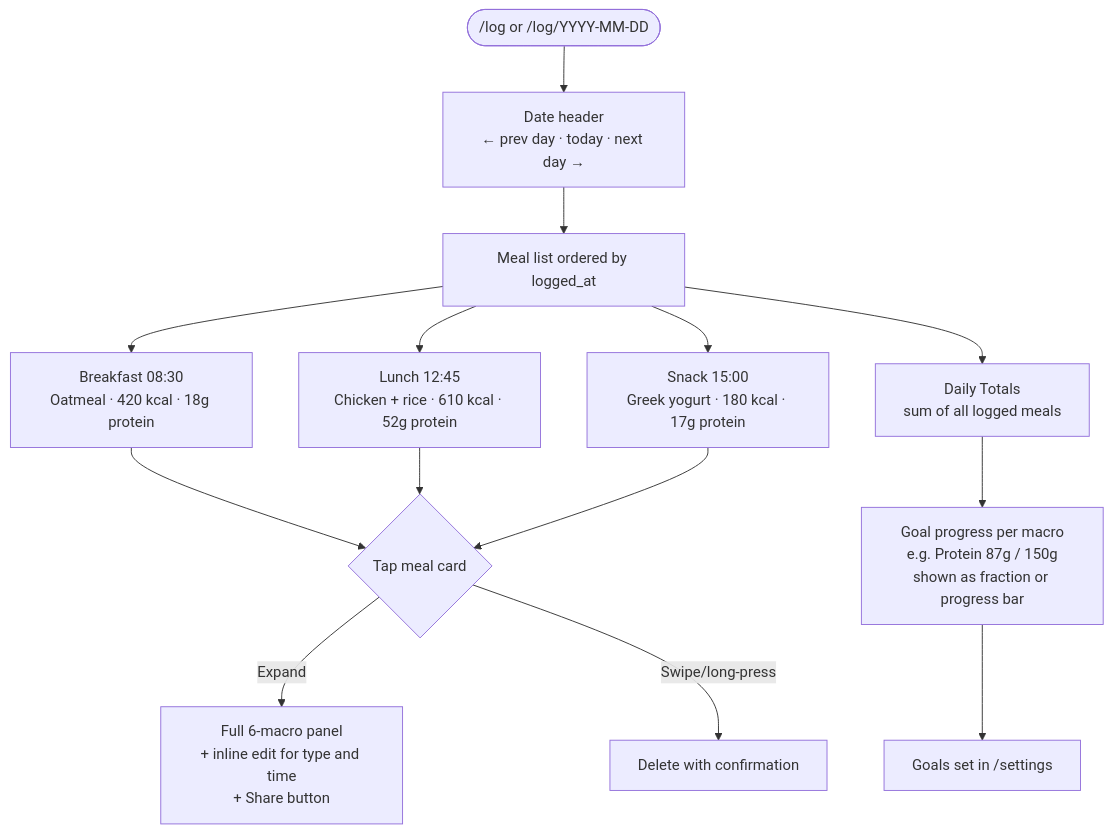
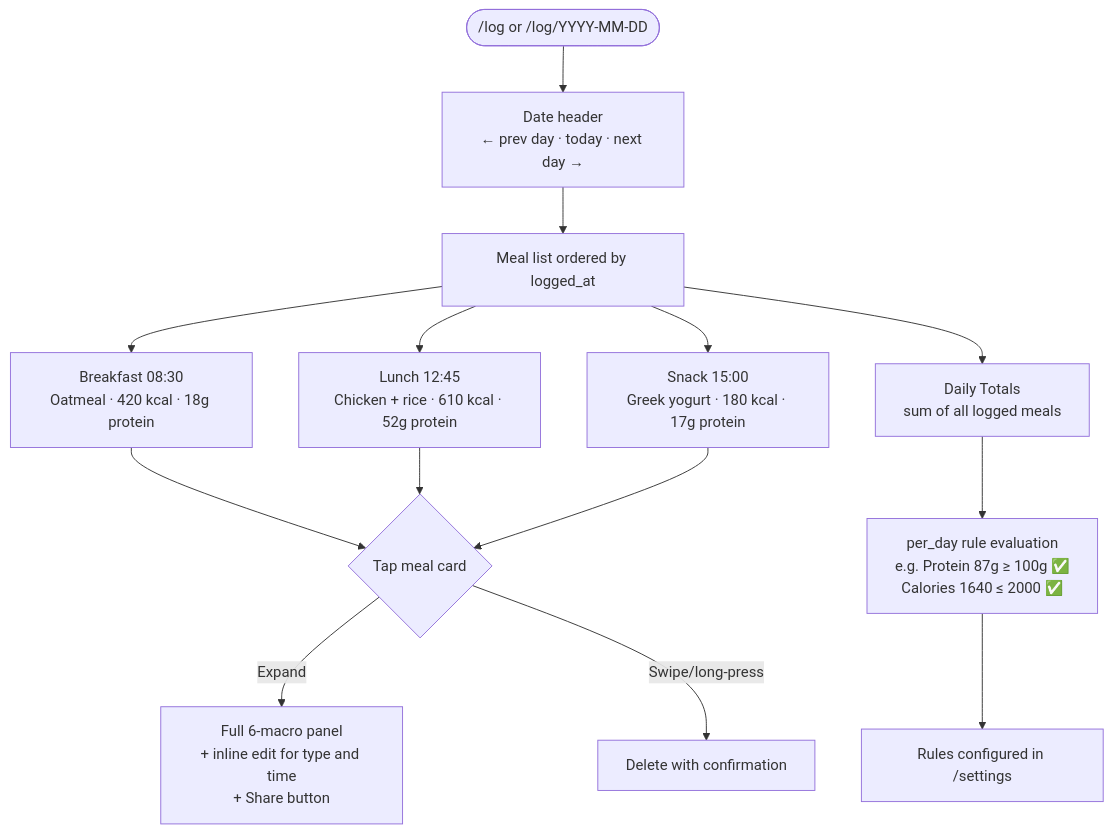
Before and after one commit to rickcedwhat/julia-learn: the third of 5 diagrams in docs/architecture.md, drawn with Mermaid. The commit also changed other lines of this file, not shown here.

Commit message:
docs: replace user_goals with user_rules (sparse, operator, value_type)

````diff
--- a/docs/architecture.md
+++ b/docs/architecture.md
@@ -139,17 +142,17 @@
 ```mermaid
 flowchart TD
     PAGE([/log or /log/YYYY-MM-DD]) --> DATE[Date header\n← prev day · today · next day →]
     DATE --> MEALS[Meal list ordered by logged_at]
 
     MEALS --> M1[Breakfast 08:30\nOatmeal · 420 kcal · 18g protein]
     MEALS --> M2[Lunch 12:45\nChicken + rice · 610 kcal · 52g protein]
     MEALS --> M3[Snack 15:00\nGreek yogurt · 180 kcal · 17g protein]
 
     M1 & M2 & M3 --> TAP{Tap meal card}
     TAP -->|Expand| DETAIL[Full 6-macro panel\n+ inline edit for type and time\n+ Share button]
     TAP -->|Swipe/long-press| DELETE[Delete with confirmation]
 
     MEALS --> TOTALS[Daily Totals\nsum of all logged meals]
-    TOTALS --> GOALS[Goal progress per macro\ne.g. Protein 87g / 150g\nshown as fraction or progress bar]
-    GOALS --> GOALS_LINK[Goals set in /settings]
+    TOTALS --> GOALS[per_day rule evaluation\ne.g. Protein 87g ≥ 100g ✅\nCalories 1640 ≤ 2000 ✅]
+    GOALS --> GOALS_LINK[Rules configured in /settings]
 ```
````
